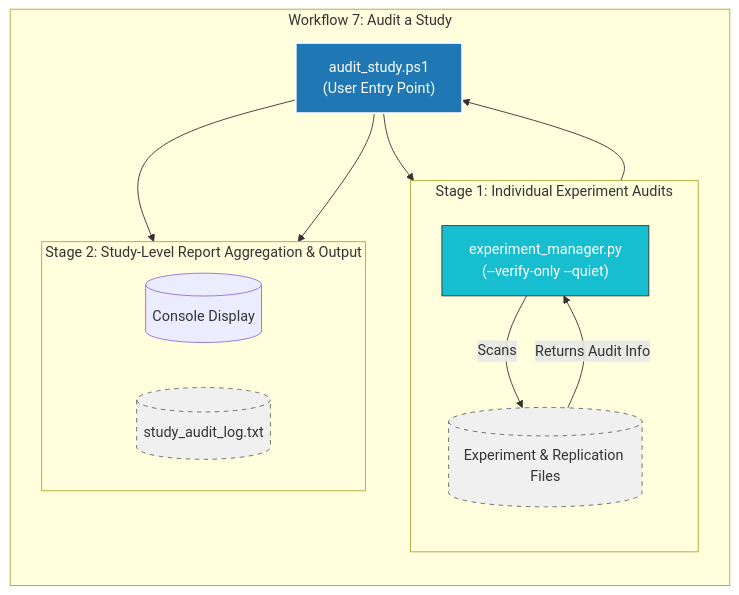
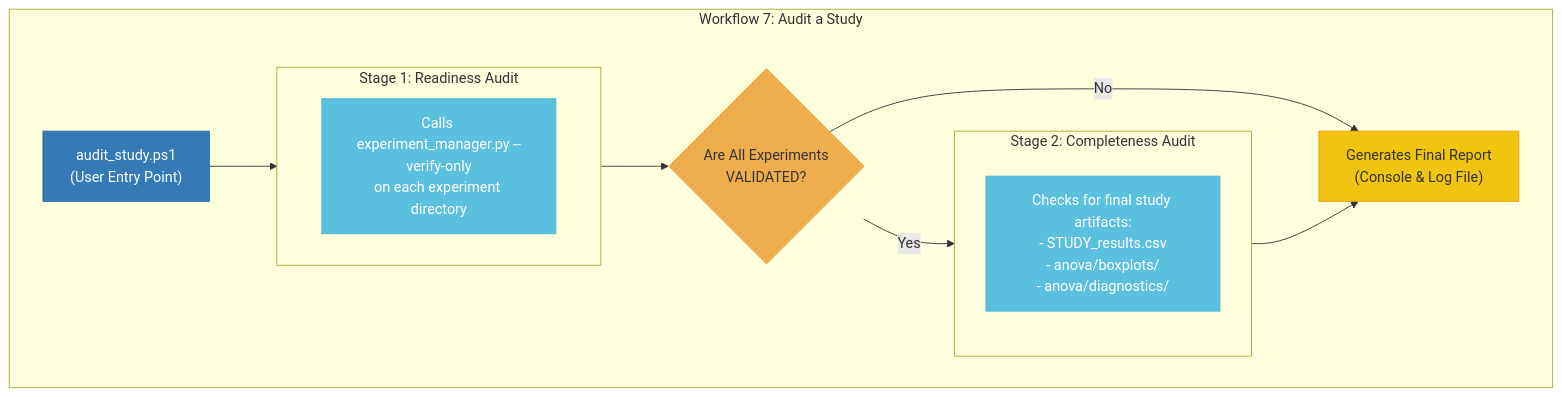
Before and after one commit to peterjmarko/llm-narrative-framework: the diagram in docs/diagrams/flow_7_audit_study.mmd, drawn with Mermaid. The commit also changed 14 other files, not shown here.

First line of the commit message:
feat(workflow,-docs): Enhance study-level workflows and align all documentation

```diff
--- a/docs/diagrams/flow_7_audit_study.mmd
+++ b/docs/diagrams/flow_7_audit_study.mmd
@@ -1,38 +1,29 @@
-graph TD;
+graph TD
+    subgraph "Workflow 7: Audit a Study"
+        A["audit_study.ps1<br>(User Entry Point)"]:::entry_ps
 
-    %% --- Style Definitions (Consistent with Workflow 5) ---
-    classDef WorkflowEntry fill:#1f77b4,stroke:#fff,stroke-width:2px,color:#fff;
-    classDef Analysis fill:#17becf,stroke:#333,stroke-width:1px,color:#fff;
-    classDef DataArtifact fill:#f0f0f0,stroke:#666,stroke-width:1px,stroke-dasharray: 5 5,color:#333;
-
-    %% === Nodes for Workflow 7: Audit a Study ===
-    audit_study_ps["audit_study.ps1<br/>(User Entry Point)"]:::WorkflowEntry;
-    
-    subgraph "Workflow 7: Audit a Study"
-        direction TB
-
-        subgraph "Stage 1: Individual Experiment Audits"
-            direction TB
-            exp_manager_audit["experiment_manager.py<br/>(--verify-only --quiet)"]:::Analysis;
-            exp_repl_files[("Experiment & Replication Files")]:::DataArtifact;
+        subgraph "Stage 1: Readiness Audit"
+            direction LR
+            B["Calls experiment_manager.py --verify-only<br>on each experiment directory"]:::script
         end
         
-        subgraph "Stage 2: Study-Level Report Aggregation & Output"
-            direction LR
-            console_display[("Console Display")];
-            study_audit_log[("study_audit_log.txt")]:::DataArtifact;
+        C{"Are All Experiments<br>VALIDATED?"}:::decision
+
+        subgraph "Stage 2: Completeness Audit"
+            direction TB
+            D["Checks for final study artifacts:<br>- STUDY_results.csv<br>- anova/boxplots/<br>- anova/diagnostics/"]:::script
         end
 
-        %% === Connections ===
-        %% audit_study.ps1 calls exp_manager.py for each experiment
-        audit_study_ps --> exp_manager_audit;
-        exp_manager_audit -- "Scans" --> exp_repl_files;
-        exp_repl_files -- "Returns Audit Info" --> exp_manager_audit;
-        %% Individual audit results returned to audit_study.ps1
-        exp_manager_audit --> audit_study_ps;
-        
-        %% audit_study.ps1 displays consolidated report
-        audit_study_ps --> console_display;
-        %% audit_study.ps1 saves consolidated report
-        audit_study_ps --> study_audit_log;
+        E["Generates Final Report<br>(Console & Log File)"]:::process
     end
+
+    A --> B
+    B --> C
+    C -- No --> E
+    C -- Yes --> D
+    D --> E
+
+    classDef entry_ps fill:#337ab7,stroke:#2e6da4,color:#fff;
+    classDef script fill:#5bc0de,stroke:#46b8da,color:#fff;
+    classDef decision fill:#f0ad4e,stroke:#eea236,color:#333;
+    classDef process fill:#f1c40f,stroke:#f39c12,color:#333;
```
